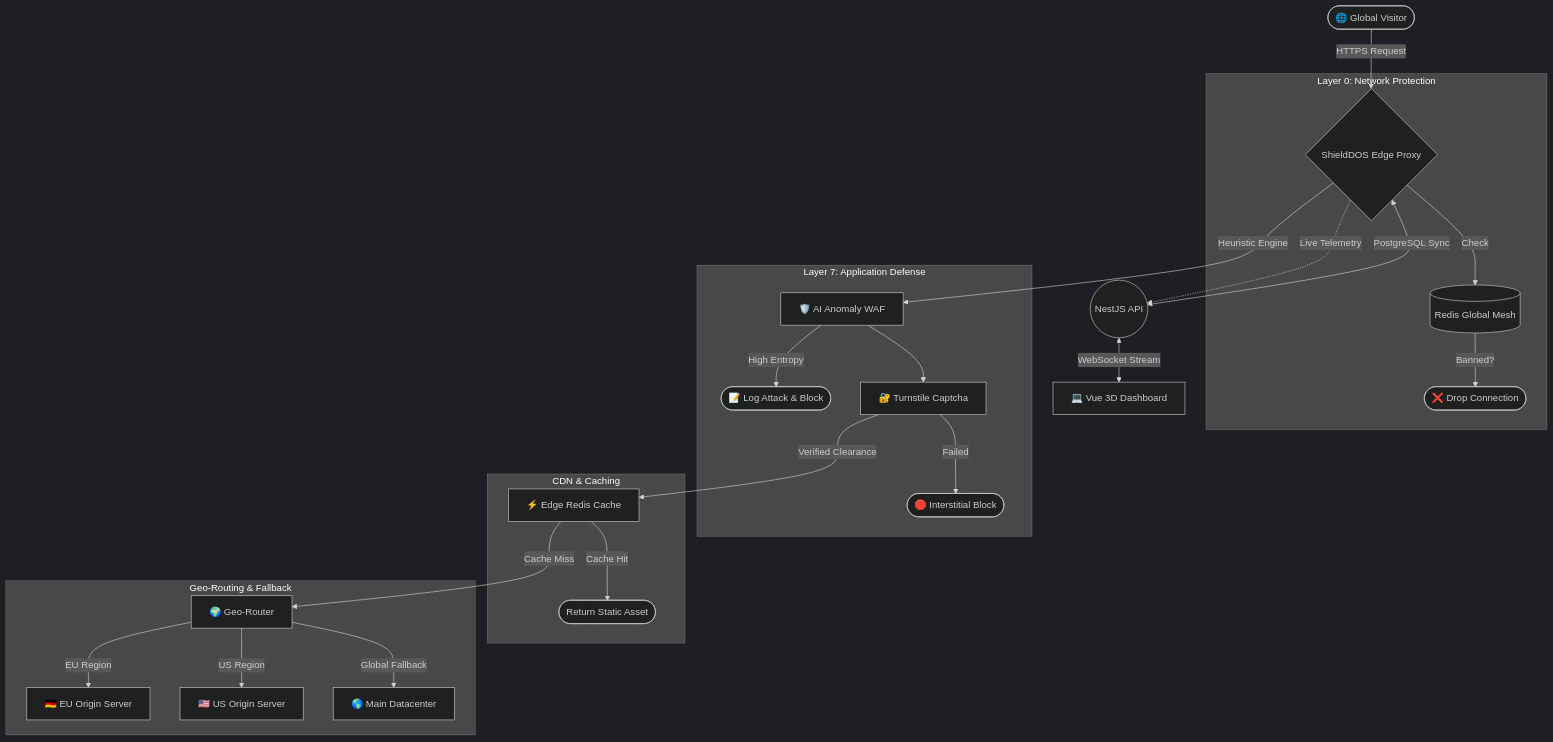
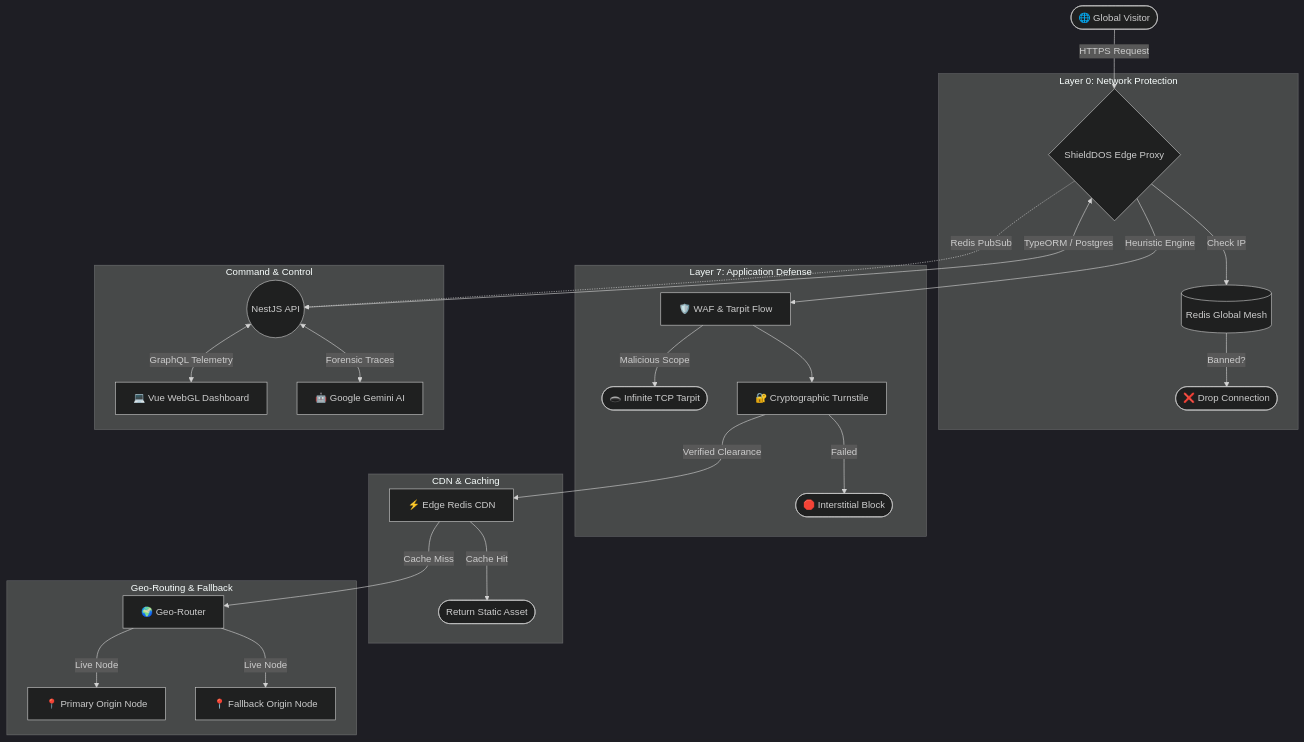
Before and after one commit to essex580/shielddos: the diagram in README.md, drawn with Mermaid (dark theme). The commit also changed other lines of this file and 1 other file, not shown here.

Commit message:
docs: Generate premium AI logo and update system architecture diagram

````diff
--- a/README.md
+++ b/README.md
@@ -34,32 +34,34 @@
 ```mermaid
 graph TD
     User([🌐 Global Visitor]) -->|HTTPS Request| ShieldProxy{ShieldDOS Edge Proxy}
     
     subgraph Layer 0: Network Protection
-        ShieldProxy -->|Check| RedisMesh[(Redis Global Mesh)]
+        ShieldProxy -->|Check IP| RedisMesh[(Redis Global Mesh)]
         RedisMesh -- "Banned?" --> Drop([❌ Drop Connection])
     end
 
     subgraph Layer 7: Application Defense
-        ShieldProxy -->|Heuristic Engine| WAF[🛡️ AI Anomaly WAF]
-        WAF -- "High Entropy" --> AttackLog([📝 Log Attack & Block])
-        WAF --> Challenge[🔐 Turnstile Captcha]
+        ShieldProxy -->|Heuristic Engine| WAF[🛡️ WAF & Tarpit Flow]
+        WAF -- "Malicious Scope" --> Tarpit([🕳️ Infinite TCP Tarpit])
+        WAF --> Challenge[🔐 Cryptographic Turnstile]
         Challenge -- "Failed" --> JSBlock([🛑 Interstitial Block])
     end
 
     subgraph CDN & Caching
-        Challenge -->|Verified Clearance| Cache[⚡ Edge Redis Cache]
+        Challenge -->|Verified Clearance| Cache[⚡ Edge Redis CDN]
         Cache -- "Cache Hit" --> ReturnCache([Return Static Asset])
     end
 
     subgraph Geo-Routing & Fallback
         Cache -- "Cache Miss" --> Router[🌍 Geo-Router]
-        Router -->|EU Region| DE_Origin[🇩🇪 EU Origin Server]
-        Router -->|US Region| US_Origin[🇺🇸 US Origin Server]
-        Router -->|Global Fallback| Main_Origin[🌎 Main Datacenter]
+        Router -->|Live Node| Target1[📍 Primary Origin Node]
+        Router -->|Live Node| Target2[📍 Fallback Origin Node]
     end
 
-    API((NestJS API)) <-->|PostgreSQL Sync| ShieldProxy
-    API <-->|WebSocket Stream| Dashboard[💻 Vue 3D Dashboard]
-    ShieldProxy -.->|Live Telemetry| API
+    subgraph Command & Control
+        NestJS((NestJS API)) <-->|TypeORM / Postgres| ShieldProxy
+        NestJS <-->|GraphQL Telemetry| Dashboard[💻 Vue WebGL Dashboard]
+        NestJS <-->|Forensic Traces| AI[🤖 Google Gemini AI]
+        ShieldProxy -.->|Redis PubSub| NestJS
+    end
 ```
````
